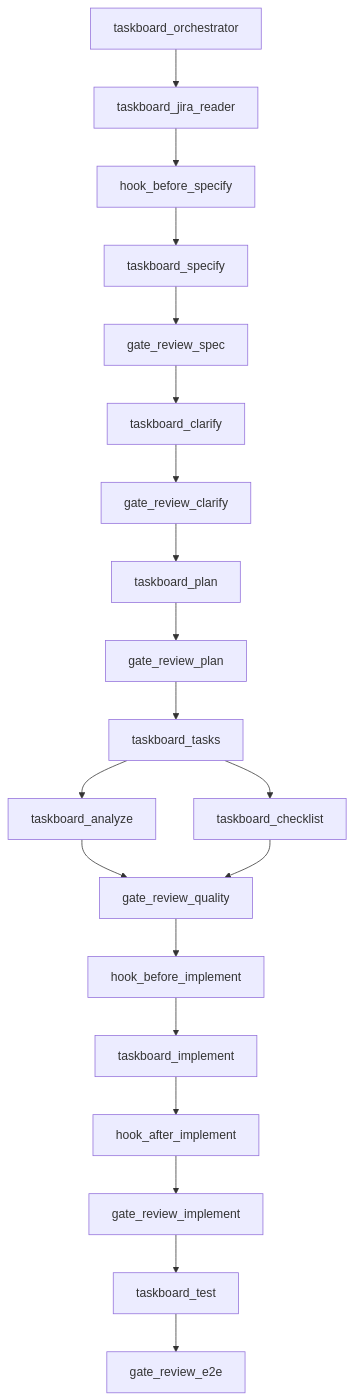
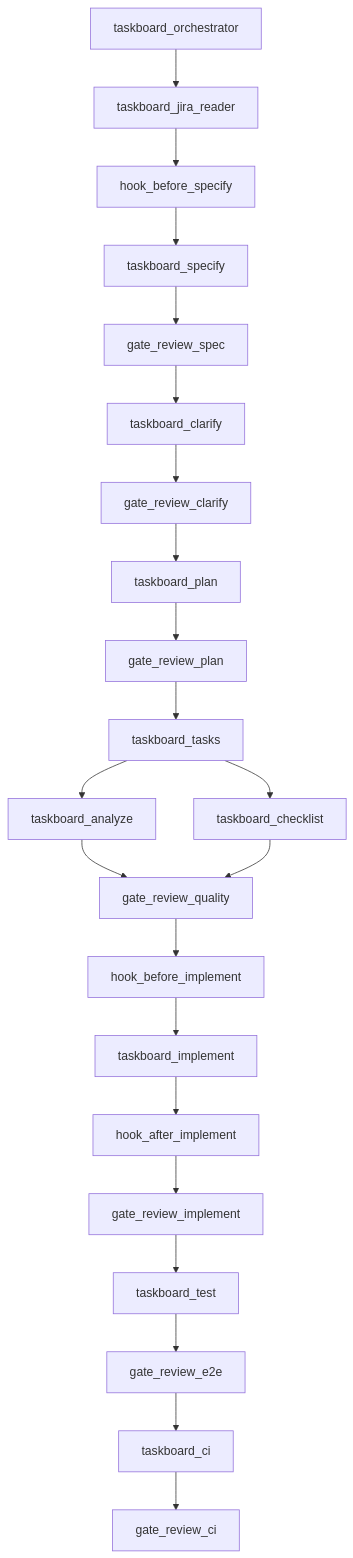
One commit to agenticai-training/ey-taskboard changed the diagram in docs/plan-task-search.md. Above: the diagram before and after it, drawn with Mermaid. The commit also changed other lines of this file and 17 other files, not shown here.

````diff
--- a/docs/plan-task-search.md
+++ b/docs/plan-task-search.md
@@ -111,30 +114,32 @@
 ```mermaid
 flowchart TD
   master[taskboard_orchestrator]
   jira[taskboard_jira_reader]
   branchHook[hook_before_specify]
   specify[taskboard_specify]
   gateSpec[gate_review_spec]
   clarify[taskboard_clarify]
   gateClarify[gate_review_clarify]
   plan[taskboard_plan]
   gatePlan[gate_review_plan]
   tasks[taskboard_tasks]
   analyze[taskboard_analyze]
   checklist[taskboard_checklist]
   gateQuality[gate_review_quality]
   preImpl[hook_before_implement]
   impl[taskboard_implement]
   gateImpl[gate_review_implement]
   postImpl[hook_after_implement]
   e2e[taskboard_test]
   gateE2e[gate_review_e2e]
+  ci[taskboard_ci]
+  gateCi[gate_review_ci]
 
   master --> jira --> branchHook --> specify --> gateSpec --> clarify --> gateClarify
   gateClarify --> plan --> gatePlan --> tasks
   tasks --> analyze
   tasks --> checklist
   analyze --> gateQuality
   checklist --> gateQuality
-  gateQuality --> preImpl --> impl --> postImpl --> gateImpl --> e2e --> gateE2e
+  gateQuality --> preImpl --> impl --> postImpl --> gateImpl --> e2e --> gateE2e --> ci --> gateCi
 ```
````
